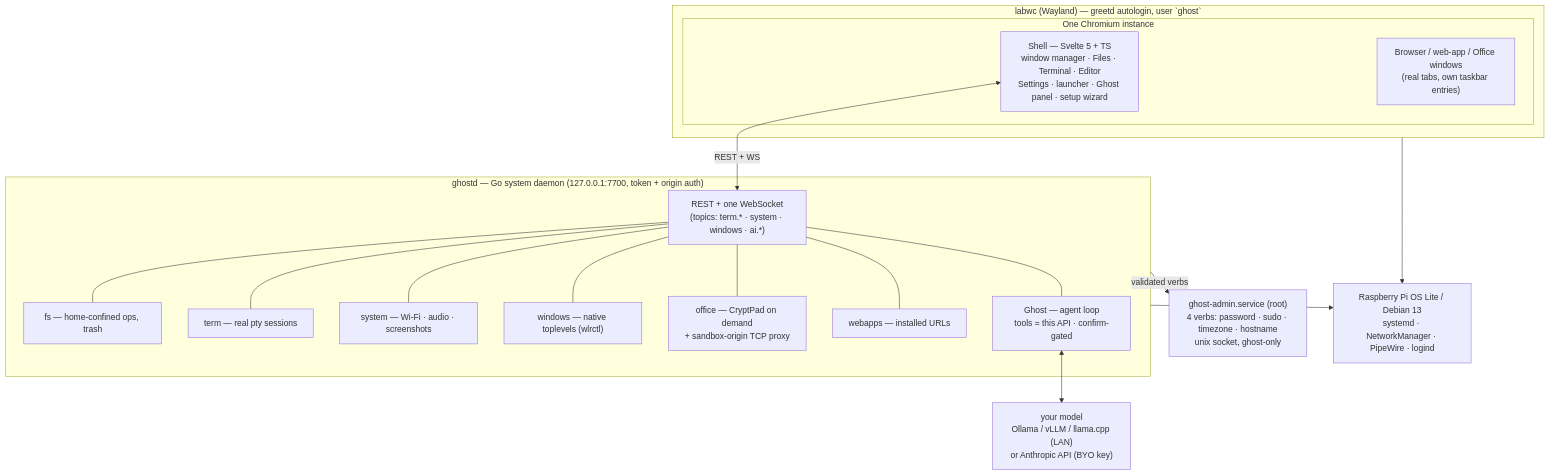
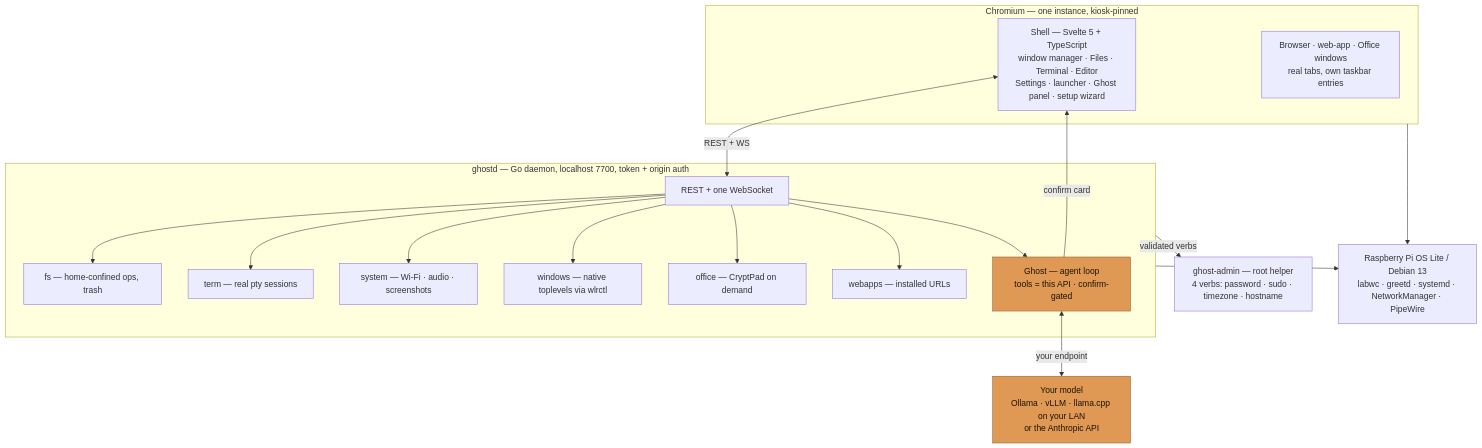
Before and after one commit to evilbotnet/GhOSt: the diagram in README.md, drawn with Mermaid. The commit also changed other lines of this file and 1 other file, not shown here.

Commit message:
docs: fix Mermaid diagram (backticks broke rendering), feature Ghost AI screenshot, link Pi image release
The architecture diagram now renders on GitHub (backticks in node labels
were parsed as markdown-string delimiters). Ghost + your-model nodes
highlighted in the accent color. README features a real Ghost session
against a LAN vLLM (provenance badge + Allow/Deny confirmation card) and
points to the v0.1.0 release for the prebuilt Pi image.

````diff
--- a/README.md
+++ b/README.md
@@ -22,31 +22,39 @@
 ```mermaid
 flowchart TB
-    subgraph session["labwc (Wayland) — greetd autologin, user `ghost`"]
-        subgraph chromium["One Chromium instance"]
-            SHELL["Shell — Svelte 5 + TS<br/>window manager · Files · Terminal · Editor<br/>Settings · launcher · Ghost panel · setup wizard"]
-            WIN["Browser / web-app / Office windows<br/>(real tabs, own taskbar entries)"]
-        end
+    subgraph CHROME["Chromium — one instance, kiosk-pinned"]
+        SHELL["Shell — Svelte 5 + TypeScript<br/>window manager · Files · Terminal · Editor<br/>Settings · launcher · Ghost panel · setup wizard"]
+        WIN["Browser · web-app · Office windows<br/>real tabs, own taskbar entries"]
     end
 
-    subgraph daemon["ghostd — Go system daemon (127.0.0.1:7700, token + origin auth)"]
-        API["REST + one WebSocket<br/>(topics: term.* · system · windows · ai.*)"]
+    subgraph DAEMON["ghostd — Go daemon, localhost 7700, token + origin auth"]
+        API["REST + one WebSocket"]
         FS["fs — home-confined ops, trash"]
         PTY["term — real pty sessions"]
         SYS["system — Wi-Fi · audio · screenshots"]
-        WM2["windows — native toplevels (wlrctl)"]
-        OFF["office — CryptPad on demand<br/>+ sandbox-origin TCP proxy"]
-        WEBAPP["webapps — installed URLs"]
+        WINS["windows — native toplevels via wlrctl"]
+        OFF["office — CryptPad on demand"]
+        WEB["webapps — installed URLs"]
         GHOST["Ghost — agent loop<br/>tools = this API · confirm-gated"]
     end
 
-    HELPER["ghost-admin.service (root)<br/>4 verbs: password · sudo · timezone · hostname<br/>unix socket, ghost-only"]
-    LLM["your model<br/>Ollama / vLLM / llama.cpp (LAN)<br/>or Anthropic API (BYO key)"]
-    OS["Raspberry Pi OS Lite / Debian 13<br/>systemd · NetworkManager · PipeWire · logind"]
+    HELPER["ghost-admin — root helper<br/>4 verbs: password · sudo · timezone · hostname"]
+    LLM["Your model<br/>Ollama · vLLM · llama.cpp on your LAN<br/>or the Anthropic API"]
+    BASE["Raspberry Pi OS Lite / Debian 13<br/>labwc · greetd · systemd · NetworkManager · PipeWire"]
 
-    SHELL <-->|"REST + WS"| API
-    API --- FS & PTY & SYS & WM2 & OFF & WEBAPP & GHOST
-    GHOST <--> LLM
-    daemon -->|"validated verbs"| HELPER
-    daemon --> OS
-    session --> OS
+    SHELL <-->|REST + WS| API
+    API --> FS
+    API --> PTY
+    API --> SYS
+    API --> WINS
+    API --> OFF
+    API --> WEB
+    API --> GHOST
+    GHOST <-->|your endpoint| LLM
+    GHOST -->|confirm card| SHELL
+    DAEMON -->|validated verbs| HELPER
+    CHROME --> BASE
+    DAEMON --> BASE
+
+    classDef ai fill:#e09954,stroke:#8a5e34,color:#1a1208
+    class GHOST,LLM ai
 ```
````
